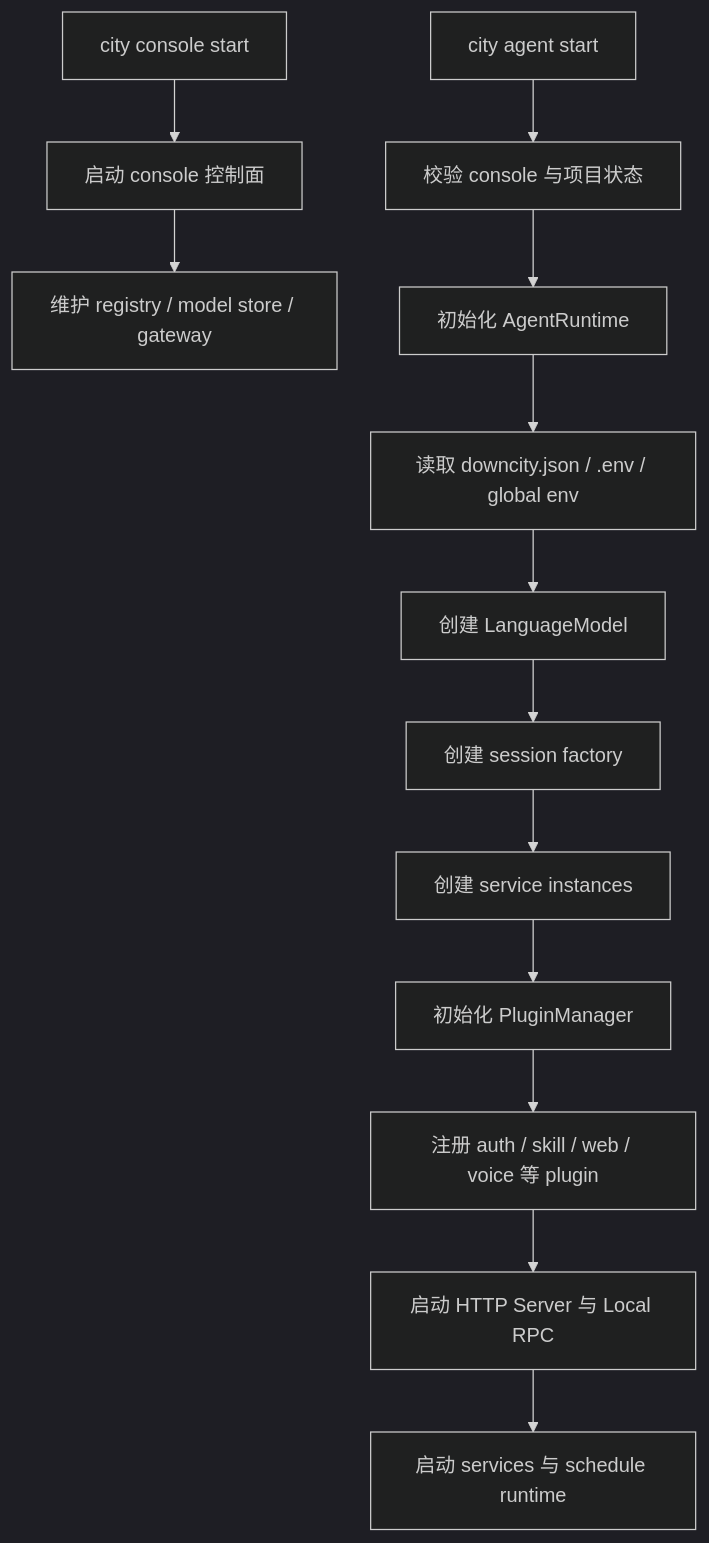
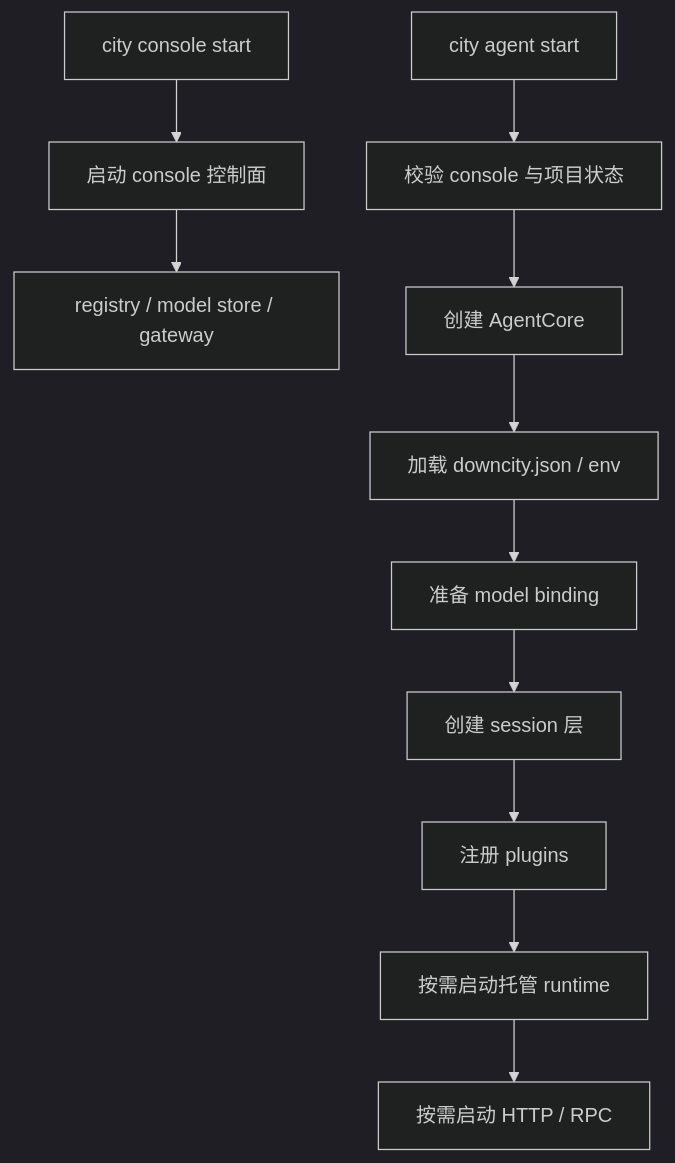
The second of 3 diagrams in homepage/content/devdocs/zh/architecture/system-logic.mdx (wangenius/downcity), drawn with Mermaid (dark theme) before and after one commit. The commit also changed other lines of this file and 433 other files, not shown here.

Commit message:
refactor(agent,city): unify plugin-session architecture

````diff
--- a/homepage/content/devdocs/zh/architecture/system-logic.mdx
+++ b/homepage/content/devdocs/zh/architecture/system-logic.mdx
@@ -160,16 +111,14 @@
 ```mermaid
 flowchart TD
   A["city console start"] --> B["启动 console 控制面"]
-  B --> C["维护 registry / model store / gateway"]
+  B --> C["registry / model store / gateway"]
 
   D["city agent start"] --> E["校验 console 与项目状态"]
-  E --> F["初始化 AgentRuntime"]
-  F --> G["读取 downcity.json / .env / global env"]
-  G --> H["创建 LanguageModel"]
-  H --> I["创建 session factory"]
-  I --> J["创建 service instances"]
-  J --> K["初始化 PluginManager"]
-  K --> L["注册 auth / skill / web / voice 等 plugin"]
-  L --> M["启动 HTTP Server 与 Local RPC"]
-  M --> N["启动 services 与 schedule runtime"]
+  E --> F["创建 AgentCore"]
+  F --> G["加载 downcity.json / env"]
+  G --> H["准备 model binding"]
+  H --> I["创建 session 层"]
+  I --> J["注册 plugins"]
+  J --> K["按需启动托管 runtime"]
+  K --> L["按需启动 HTTP / RPC"]
 ```
````
